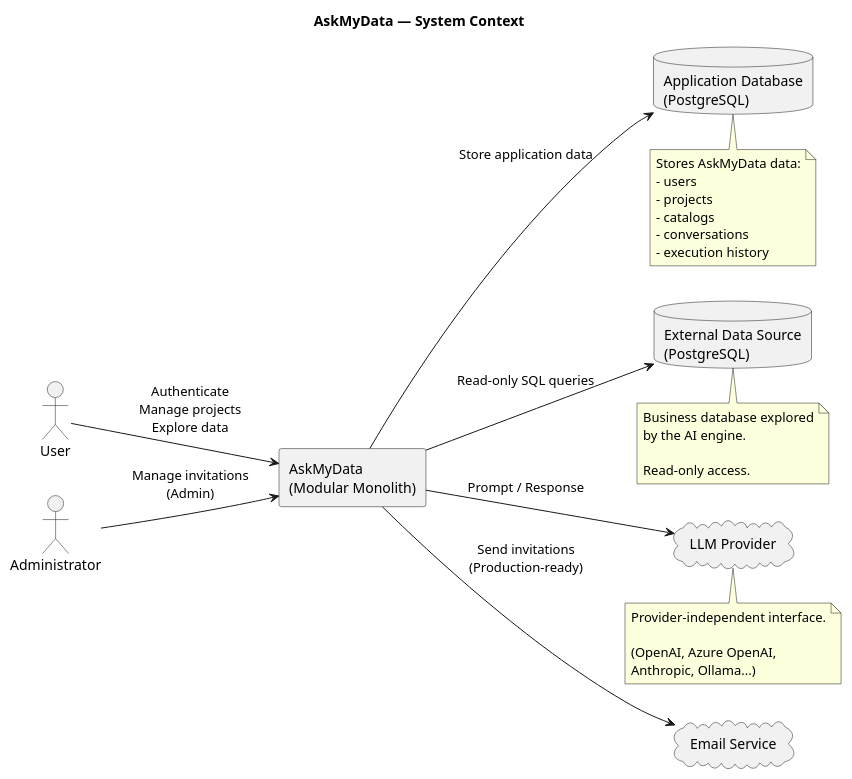
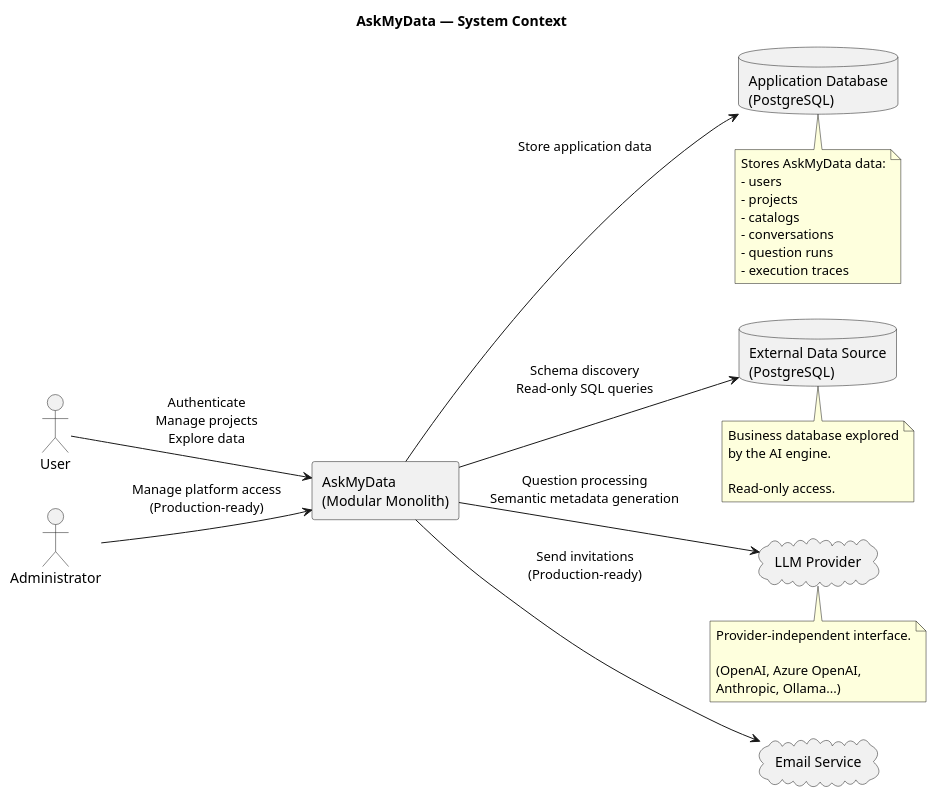
The diagram in docs/diagrams/src/system-context.puml (MarinePernici/askmydata), drawn with PlantUML before and after one commit. The commit also changed 7 other files, not shown here.

Commit message:
update diagrams

```diff
--- a/docs/diagrams/src/system-context.puml
+++ b/docs/diagrams/src/system-context.puml
@@ -1,57 +1,58 @@
 @startuml AskMyData_System_Context
 
 title AskMyData — System Context
 
 left to right direction
 
 skinparam packageStyle rectangle
 
 actor User
 actor Administrator
 
 rectangle "AskMyData\n(Modular Monolith)" as AskMyData
 
 database "Application Database\n(PostgreSQL)" as AppDB
 
 database "External Data Source\n(PostgreSQL)" as DataSource
 
 cloud "LLM Provider" as LLM
 
 cloud "Email Service" as Email
 
 User --> AskMyData : Authenticate\nManage projects\nExplore data
 
-Administrator --> AskMyData : Manage invitations\n(Admin)
+Administrator --> AskMyData : Manage platform access\n(Production-ready)
 
 AskMyData --> AppDB : Store application data
 
-AskMyData --> DataSource : Read-only SQL queries
+AskMyData --> DataSource : Schema discovery\nRead-only SQL queries
 
-AskMyData --> LLM : Prompt / Response
+AskMyData --> LLM : Question processing\nSemantic metadata generation
 
 AskMyData --> Email : Send invitations\n(Production-ready)
 
 note bottom of AppDB
 Stores AskMyData data:
 - users
 - projects
 - catalogs
 - conversations
-- execution history
+- question runs
+- execution traces
 end note
 
 note bottom of DataSource
 Business database explored
 by the AI engine.
 
 Read-only access.
 end note
 
 note bottom of LLM
 Provider-independent interface.
 
 (OpenAI, Azure OpenAI,
 Anthropic, Ollama...)
 end note
 
 @enduml
```
